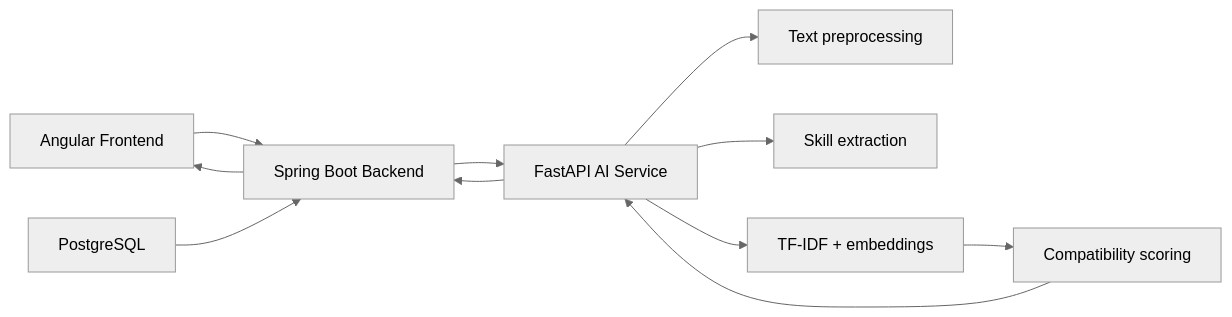
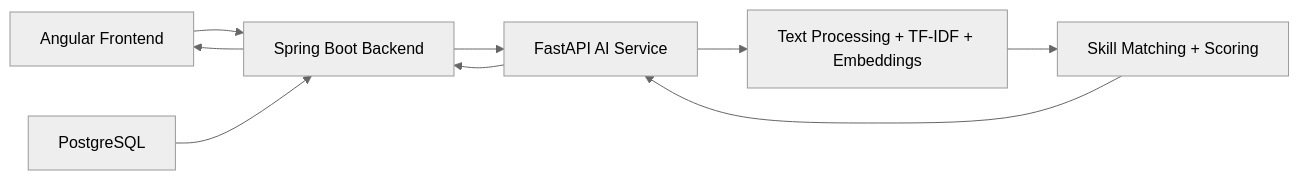
One commit to Boudaya-shyheb/AI-for-Software-Engineering changed the diagram in README.md. Above: the diagram before and after it, drawn with Mermaid (neutral theme). The commit also changed other lines of this file, not shown here.

````diff
--- a/README.md
+++ b/README.md
@@ -28,13 +31,11 @@
 ```mermaid
 flowchart LR
     A[Angular Frontend] --> B[Spring Boot Backend]
     B --> C[FastAPI AI Service]
-    C --> D[Text preprocessing]
-    C --> E[Skill extraction]
-    C --> F[TF-IDF + embeddings]
-    F --> G[Compatibility scoring]
-    G --> C
+    C --> D[Text Processing + TF-IDF + Embeddings]
+    D --> E[Skill Matching + Scoring]
+    E --> C
     C --> B
     B --> A
-    H[PostgreSQL] --> B
+    F[PostgreSQL] --> B
 ```
````
